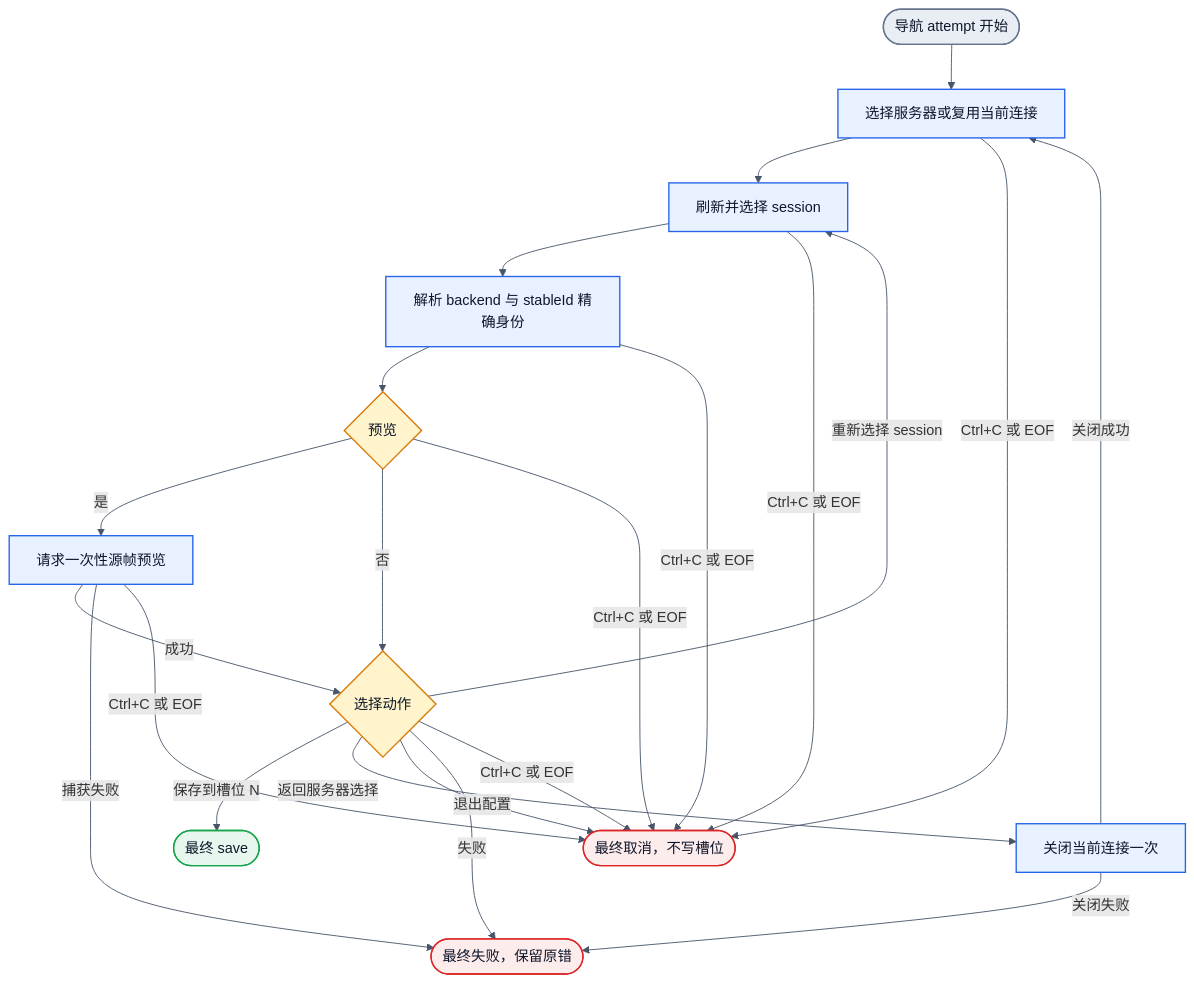
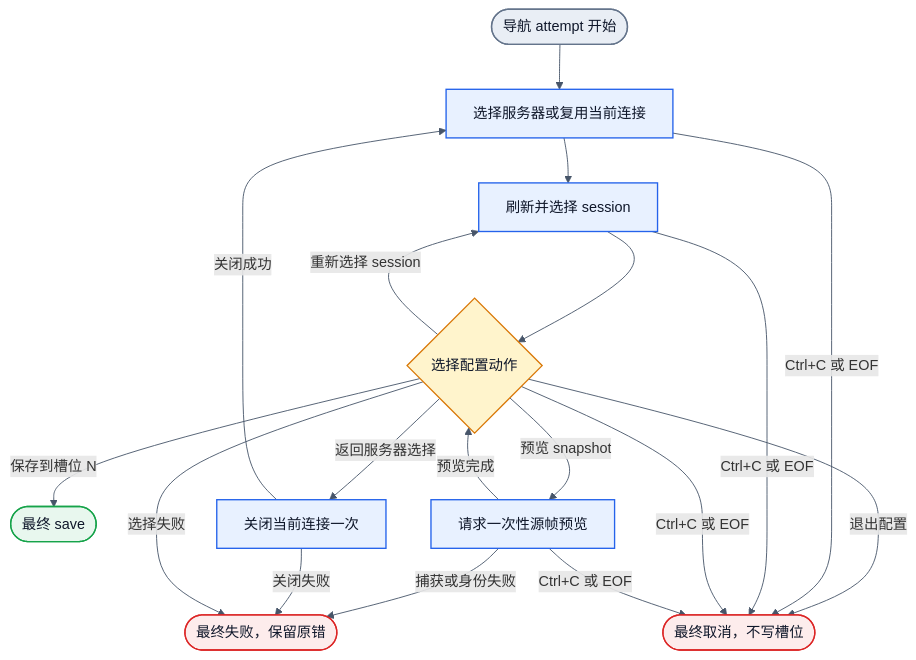
Before and after one commit to Jasonzhangf/zterm: the second of 3 diagrams in android/docs/decisions/2026-10-20-remote-cli.md, drawn with Mermaid. The commit also changed other lines of this file and 26 other files, not shown here.

Commit message:
refactor: simplify interaction and delivery flows

````diff
--- a/android/docs/decisions/2026-10-20-remote-cli.md
+++ b/android/docs/decisions/2026-10-20-remote-cli.md
@@ -143,30 +140,26 @@
 ```mermaid
 flowchart TD
   N0([导航 attempt 开始]):::boundary --> N1[选择服务器或复用当前连接]:::action
   N1 --> N2[刷新并选择 session]:::action
-  N2 --> N3[解析 backend 与 stableId 精确身份]:::action
-  N3 --> N4{预览}:::decision
-  N4 -->|是| N5[请求一次性源帧预览]:::action
-  N4 -->|否| N6{选择动作}:::decision
-  N5 -->|成功| N6
-  N5 -->|捕获失败| NF([最终失败，保留原错]):::failure
-  N6 -->|保存到槽位 N| NS([最终 save]):::success
-  N6 -->|重新选择 session| N2
-  N6 -->|返回服务器选择| N7[关闭当前连接一次]:::action
-  N7 -->|关闭成功| N1
-  N7 -->|关闭失败| NF
-  N6 -->|退出配置| NC([最终取消，不写槽位]):::failure
-  N6 -->|失败| NF
+  N2 --> N3{选择配置动作}:::decision
+  N3 -->|保存到槽位 N| NS([最终 save]):::success
+  N3 -->|预览 snapshot| N4[请求一次性源帧预览]:::action
+  N4 -->|预览完成| N3
+  N4 -->|捕获或身份失败| NF([最终失败，保留原错]):::failure
+  N3 -->|重新选择 session| N2
+  N3 -->|返回服务器选择| N5[关闭当前连接一次]:::action
+  N5 -->|关闭成功| N1
+  N5 -->|关闭失败| NF
+  N3 -->|退出配置| NC([最终取消，不写槽位]):::failure
+  N3 -->|选择失败| NF
   N1 -->|Ctrl+C 或 EOF| NC
   N2 -->|Ctrl+C 或 EOF| NC
   N3 -->|Ctrl+C 或 EOF| NC
   N4 -->|Ctrl+C 或 EOF| NC
-  N5 -->|Ctrl+C 或 EOF| NC
-  N6 -->|Ctrl+C 或 EOF| NC
   classDef boundary fill:#E9EEF5,stroke:#64748B,color:#0F172A,stroke-width:1.5px
   classDef action fill:#E8F1FF,stroke:#2563EB,color:#0F172A,stroke-width:1.5px
   classDef decision fill:#FFF4CC,stroke:#D97706,color:#0F172A,stroke-width:1.5px
   classDef success fill:#E8F7EE,stroke:#16A34A,color:#0F172A,stroke-width:1.5px
   classDef failure fill:#FDECEC,stroke:#DC2626,color:#0F172A,stroke-width:1.5px
   linkStyle default stroke:#475569
 ```
````
